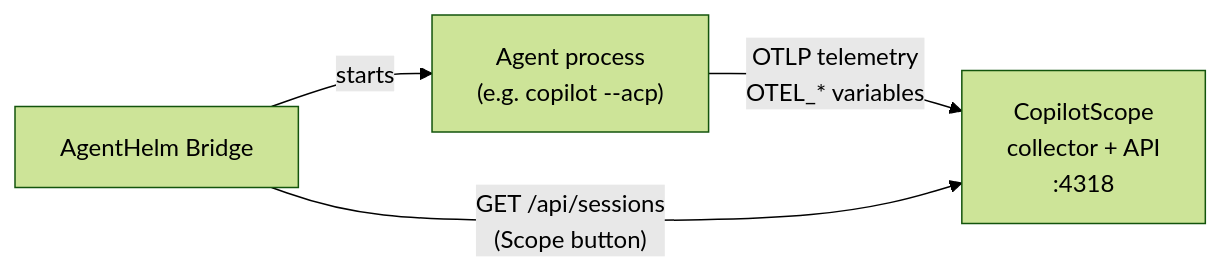
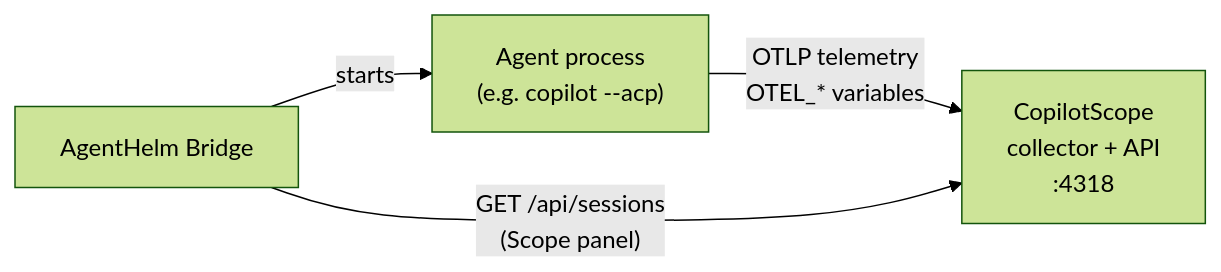
The diagram in wiki/CopilotScope-Integration.md (konradcinkusz/agent-helm), drawn with Mermaid (forest theme) before and after one commit. The commit also changed 18 other files, not shown here.

````diff
--- a/wiki/CopilotScope-Integration.md
+++ b/wiki/CopilotScope-Integration.md
@@ -3,6 +3,6 @@
 ```mermaid
 flowchart LR
     A["Agent process<br/>(e.g. copilot --acp)"] -- "OTLP telemetry<br/>OTEL_* variables" --> S["CopilotScope<br/>collector + API<br/>:4318"]
-    H["AgentHelm Bridge"] -- "GET /api/sessions<br/>(Scope button)" --> S
+    H["AgentHelm Bridge"] -- "GET /api/sessions<br/>(Scope panel)" --> S
     H -- "starts" --> A
 ```
````
